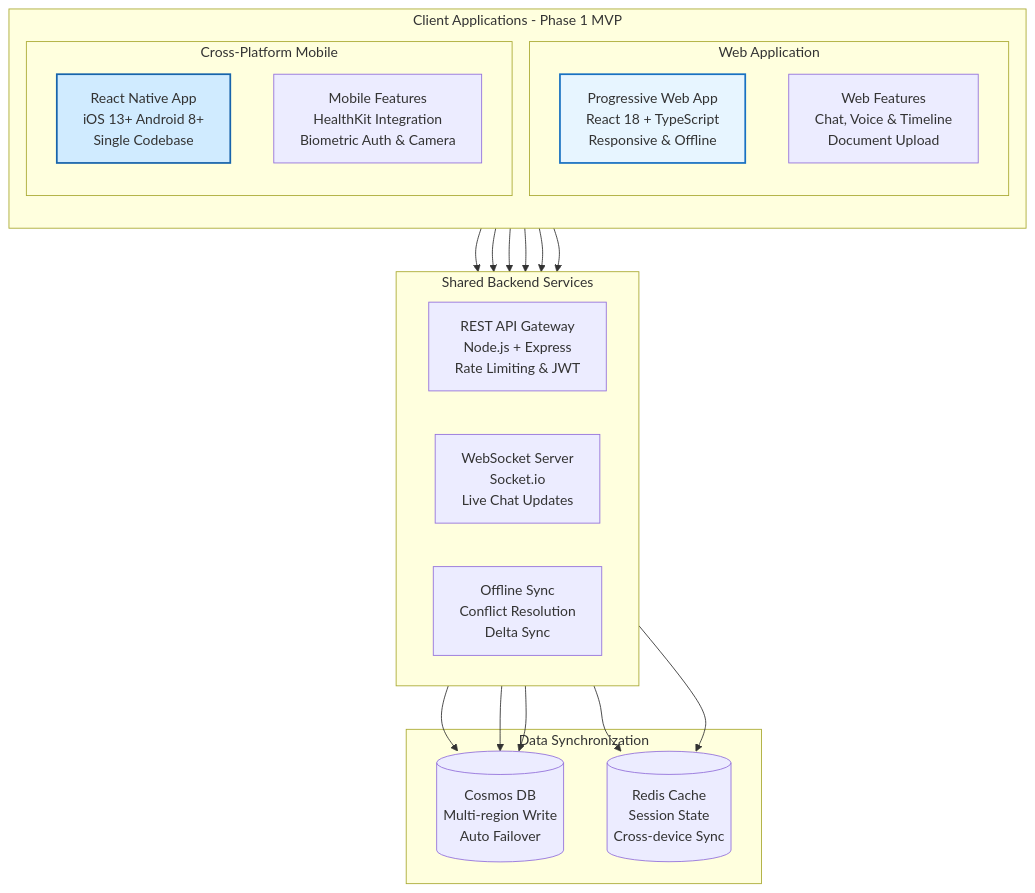
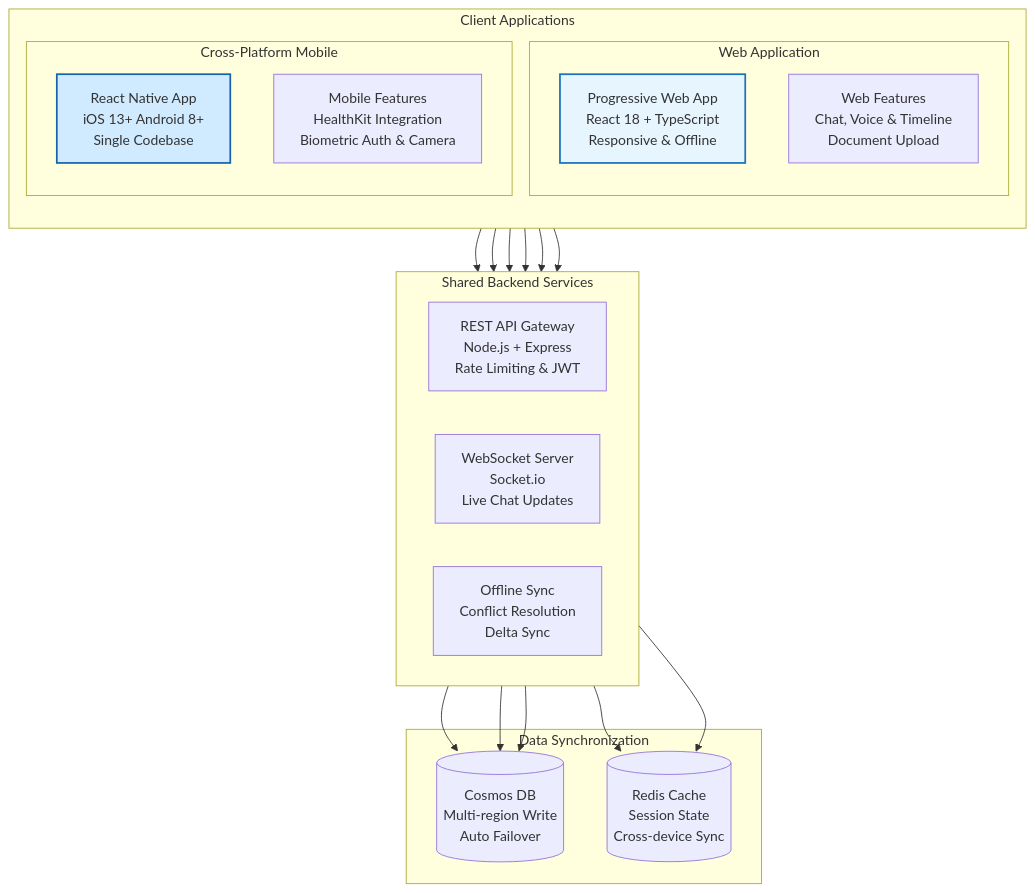
The sixth of 16 diagrams in README.md (gauravpandeydigilantern/ZIA), drawn with Mermaid before and after one commit. The commit also changed other lines of this file, not shown here.

````diff
--- a/README.md
+++ b/README.md
@@ -637,51 +637,51 @@
 ```mermaid
 graph TB
-    subgraph Clients["Client Applications - Phase 1 MVP"]
+    subgraph Clients["Client Applications"]
         direction TB
         
         subgraph WebApp["Web Application"]
             PWA[Progressive Web App<br/>React 18 + TypeScript<br/>Responsive & Offline]
             
             WEBFEATURES[Web Features<br/>Chat, Voice & Timeline<br/>Document Upload]
         end
         
         subgraph MobileApp["Cross-Platform Mobile"]
             MOBILE[React Native App<br/>iOS 13+ Android 8+<br/>Single Codebase]
             
             MOBILEFEATURES[Mobile Features<br/>HealthKit Integration<br/>Biometric Auth & Camera]
         end
     end
     
     subgraph SharedBackend["Shared Backend Services"]
         direction LR
         
         RESTAPI[REST API Gateway<br/>Node.js + Express<br/>Rate Limiting & JWT]
         
         WEBSOCKET[WebSocket Server<br/>Socket.io<br/>Live Chat Updates]
         
         SYNC[Offline Sync<br/>Conflict Resolution<br/>Delta Sync]
     end
     
     subgraph DataSync["Data Synchronization"]
         COSMOS[(Cosmos DB<br/>Multi-region Write<br/>Auto Failover)]
         
         CACHE[(Redis Cache<br/>Session State<br/>Cross-device Sync)]
     end
     
     PWA --> RESTAPI
     PWA --> WEBSOCKET
     MOBILE --> RESTAPI
     MOBILE --> WEBSOCKET
     
     PWA --> SYNC
     MOBILE --> SYNC
     
     RESTAPI --> COSMOS
     WEBSOCKET --> COSMOS
     SYNC --> COSMOS
     RESTAPI --> CACHE
     WEBSOCKET --> CACHE
     
     style PWA fill:#e7f5ff,stroke:#1971c2,stroke-width:2px
     style MOBILE fill:#d0ebff,stroke:#1864ab,stroke-width:2px
 ```
````
